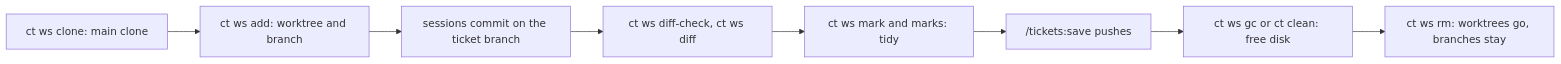
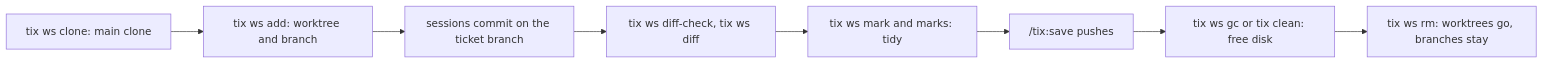
The diagram in docs/workspace-commands.md (zero4573/claude-tickets), drawn with Mermaid before and after one commit. The commit also changed other lines of this file and 361 other files, not shown here.

First line of the commit message:
feat!: rename claude-tickets to tix and run sessions on kiro too

````diff
--- a/docs/workspace-commands.md
+++ b/docs/workspace-commands.md
@@ -9,10 +9,10 @@
 ```mermaid
 flowchart LR
-  clone["ct ws clone: main clone"] --> add["ct ws add: worktree and branch"]
+  clone["tix ws clone: main clone"] --> add["tix ws add: worktree and branch"]
   add --> work["sessions commit on the ticket branch"]
-  work --> check["ct ws diff-check, ct ws diff"]
-  check --> marks["ct ws mark and marks: tidy"]
-  marks --> save["/tickets:save pushes"]
-  save --> gc["ct ws gc or ct clean: free disk"]
-  gc --> rm["ct ws rm: worktrees go, branches stay"]
+  work --> check["tix ws diff-check, tix ws diff"]
+  check --> marks["tix ws mark and marks: tidy"]
+  marks --> save["/tix:save pushes"]
+  save --> gc["tix ws gc or tix clean: free disk"]
+  gc --> rm["tix ws rm: worktrees go, branches stay"]
 ```
````
